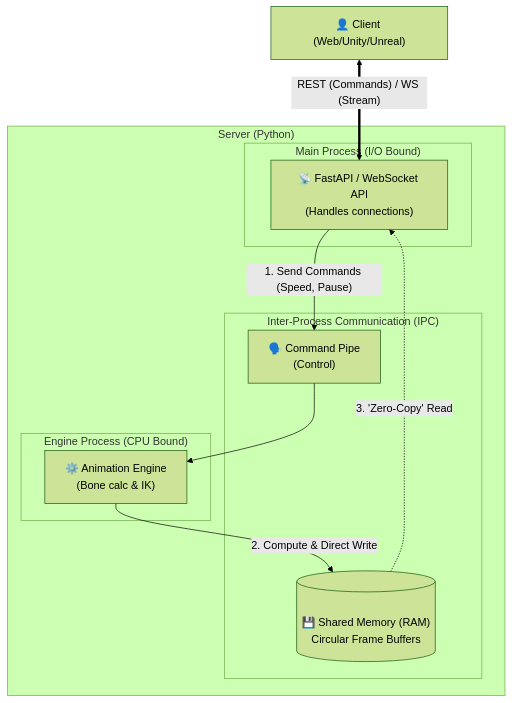
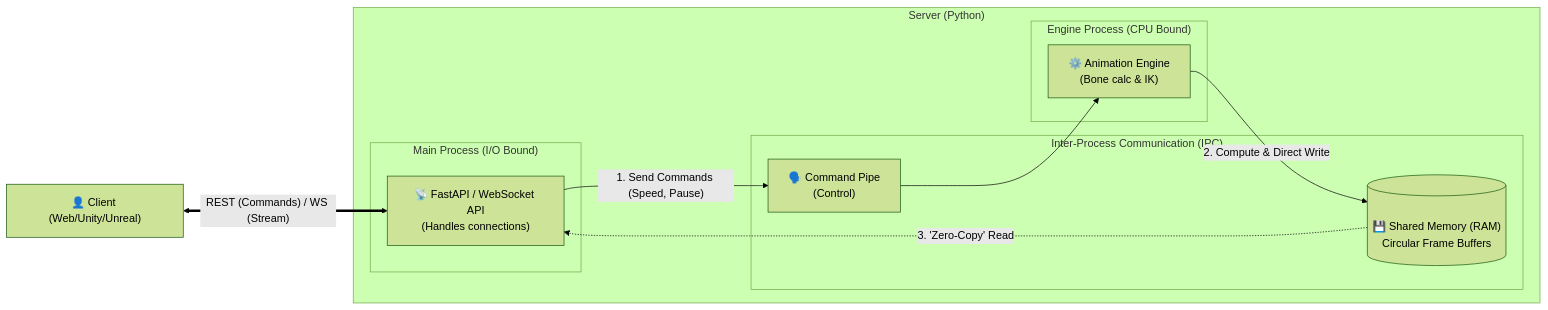
Before and after one commit to HE-Arc/MoMa_REST_Server: the first of 2 diagrams in README.md, drawn with Mermaid (forest theme).

Commit message:
Update graph direction in README.md
Change graph direction from TD to LR in README.

````diff
--- a/README.md
+++ b/README.md
@@ -13,26 +13,26 @@
 ```mermaid
-graph TD
+graph LR
     Client["👤 Client (Web/Unity/Unreal)"]
 
     subgraph Server ["Server (Python)"]
         subgraph MainProcess ["Main Process (I/O Bound)"]
             API["📡 FastAPI / WebSocket API<br>(Handles connections)"]
         end
 
         subgraph IPC ["Inter-Process Communication (IPC)"]
             SHM[("<br>💾 Shared Memory (RAM)<br>Circular Frame Buffers")]
             Pipe["🗣️ Command Pipe<br>(Control)"]
         end
 
         subgraph ChildProcess ["Engine Process (CPU Bound)"]
             Engine["⚙️ Animation Engine<br>(Bone calc & IK)"]
         end
     end
 
 %% Data Flow
     Client <==>|" REST (Commands) / WS (Stream) "| API
     API -- " 1. Send Commands (Speed, Pause) " --> Pipe
     Pipe --> Engine
     Engine -- " 2. Compute & Direct Write " --> SHM
     SHM -.->|" 3. 'Zero-Copy' Read "| API
 ```
````
